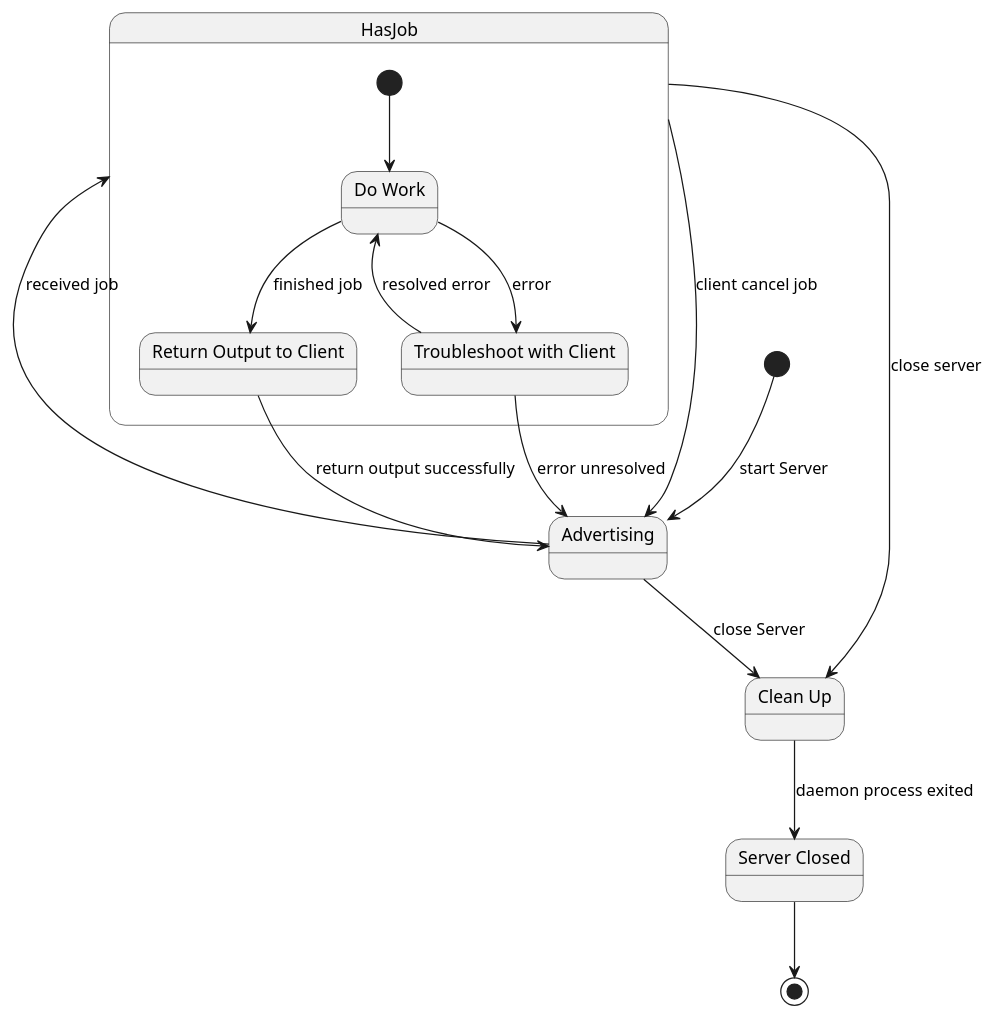
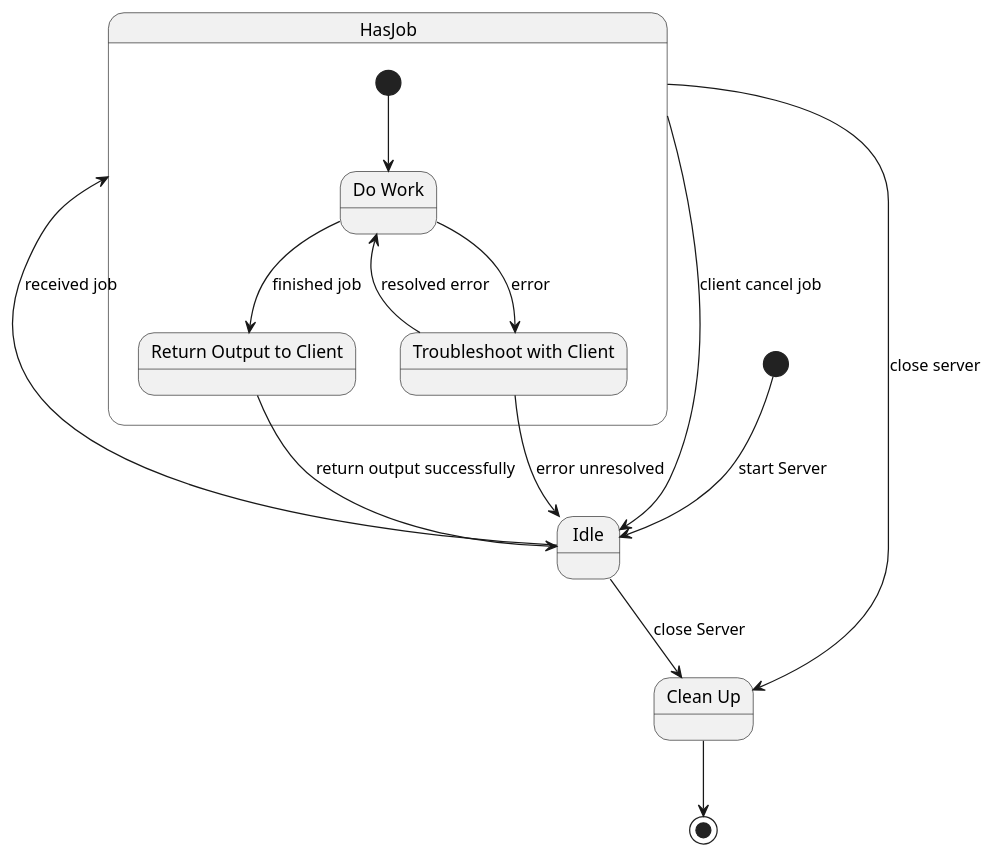
Before and after one commit to cs130-w21/1: the diagram in StateMachine/daemonStateMachine.plantuml, drawn with PlantUML.

Commit message:
Changed Advertising to Idle and removed Server Closed State.

```diff
--- a/StateMachine/daemonStateMachine.plantuml
+++ b/StateMachine/daemonStateMachine.plantuml
@@ -1,29 +1,27 @@
 @startuml
 
 
 state HasJob {
   state "Do Work" as Work
   state "Troubleshoot with Client" as Trouble
   state "Return Output to Client" as Output
 
   [*] --> Work
   Work --> Trouble : error
   Trouble --> Work : resolved error
   Work --> Output : finished job
 }
 
-state "Advertising" as Ad
+state "Idle" as Ad
 state "Clean Up" as Clean
-state "Server Closed" as Closed
 
 [*] --> Ad : start Server
 Ad --> HasJob: received job
 Trouble --> Ad : error unresolved
 Output --> Ad : return output successfully
 HasJob --> Ad : client cancel job
 Ad --> Clean : close Server
 HasJob --> Clean : close server
-Clean --> Closed : daemon process exited
-Closed --> [*]
+Clean --> [*]
 
 @enduml
```
